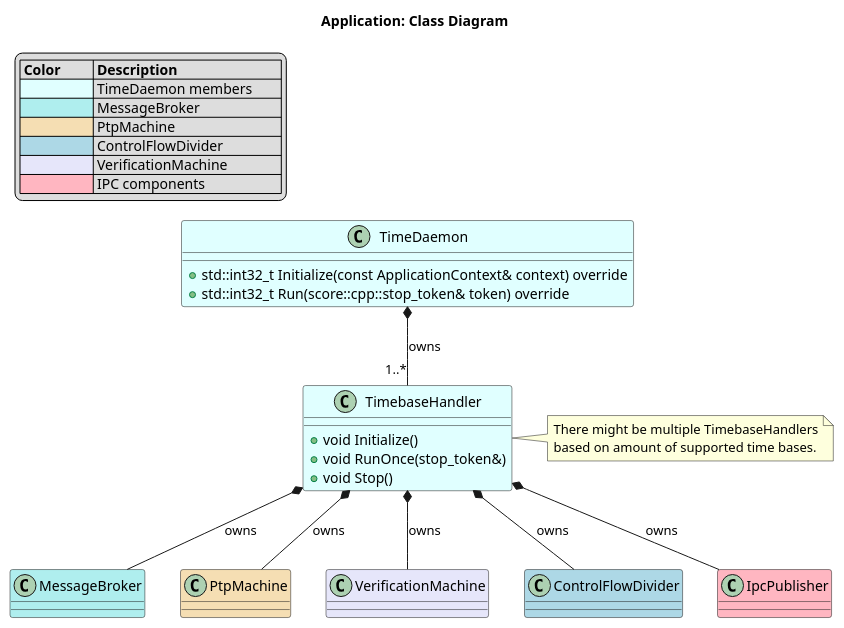
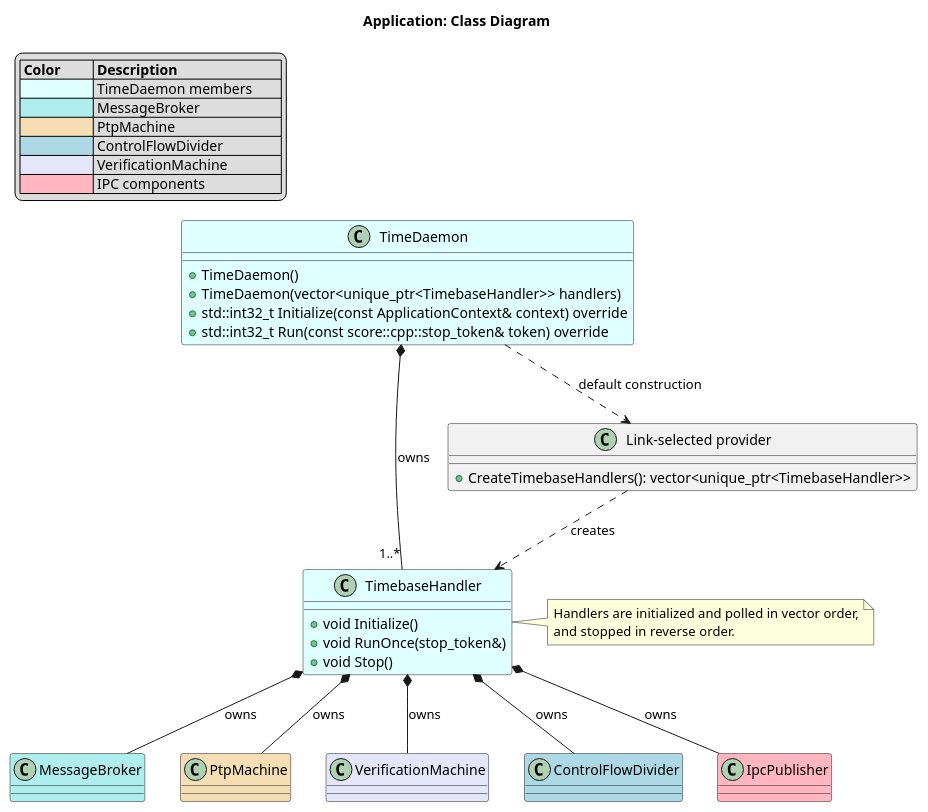
Before and after one commit to eclipse-score/time: the diagram in score/time_daemon/docs/detailed_design/_assets/app/app_class.puml, drawn with PlantUML. The commit also changed 21 other files, not shown here.

Commit message:
Generic Timebase Handler

```diff
--- a/score/time_daemon/docs/detailed_design/_assets/app/app_class.puml
+++ b/score/time_daemon/docs/detailed_design/_assets/app/app_class.puml
@@ -14,44 +14,52 @@
 @startuml application_class_diagram
 
 title Application: Class Diagram
 
 legend top left
     |= Color         |= Description              |
     | <#LightCyan>   | TimeDaemon members        |
     | <#PaleTurquoise> | MessageBroker           |
     | <#Wheat>       | PtpMachine                |
     | <#LightBlue>   | ControlFlowDivider        |
     | <#Lavender>    | VerificationMachine       |
     | <#LightPink>   | IPC components            |
 endlegend
 
 class "TimeDaemon" as vtd_app #LightCyan {
+    +TimeDaemon()
+    +TimeDaemon(vector<unique_ptr<TimebaseHandler>> handlers)
     +std::int32_t Initialize(const ApplicationContext& context) override
-    +std::int32_t Run(score::cpp::stop_token& token) override
+    +std::int32_t Run(const score::cpp::stop_token& token) override
+}
+
+class "Link-selected provider" as factory {
+    +CreateTimebaseHandlers(): vector<unique_ptr<TimebaseHandler>>
 }
 
 class "TimebaseHandler" as tb_handler #LightCyan{
     +void Initialize()
     +void RunOnce(stop_token&)
     +void Stop()
 }
 note right
-    There might be multiple TimebaseHandlers
-    based on amount of supported time bases.
+    Handlers are initialized and polled in vector order,
+    and stopped in reverse order.
 end note
 
 class "MessageBroker" as msg_broker #PaleTurquoise
 class "PtpMachine" as ptp_machine #Wheat
 class "VerificationMachine" as ver_machine #Lavender
 class "ControlFlowDivider" as cf_divider #LightBlue
 class "IpcPublisher" as ipc_publisher #LightPink
 
 vtd_app *-- "1..*" tb_handler : owns
+vtd_app ..> factory : default construction
+factory ..> tb_handler : creates
 
 tb_handler *-- msg_broker : owns
 tb_handler *-- ptp_machine : owns
 tb_handler *-- ver_machine : owns
 tb_handler *-- cf_divider : owns
 tb_handler *-- ipc_publisher : owns
 
 @enduml
```
